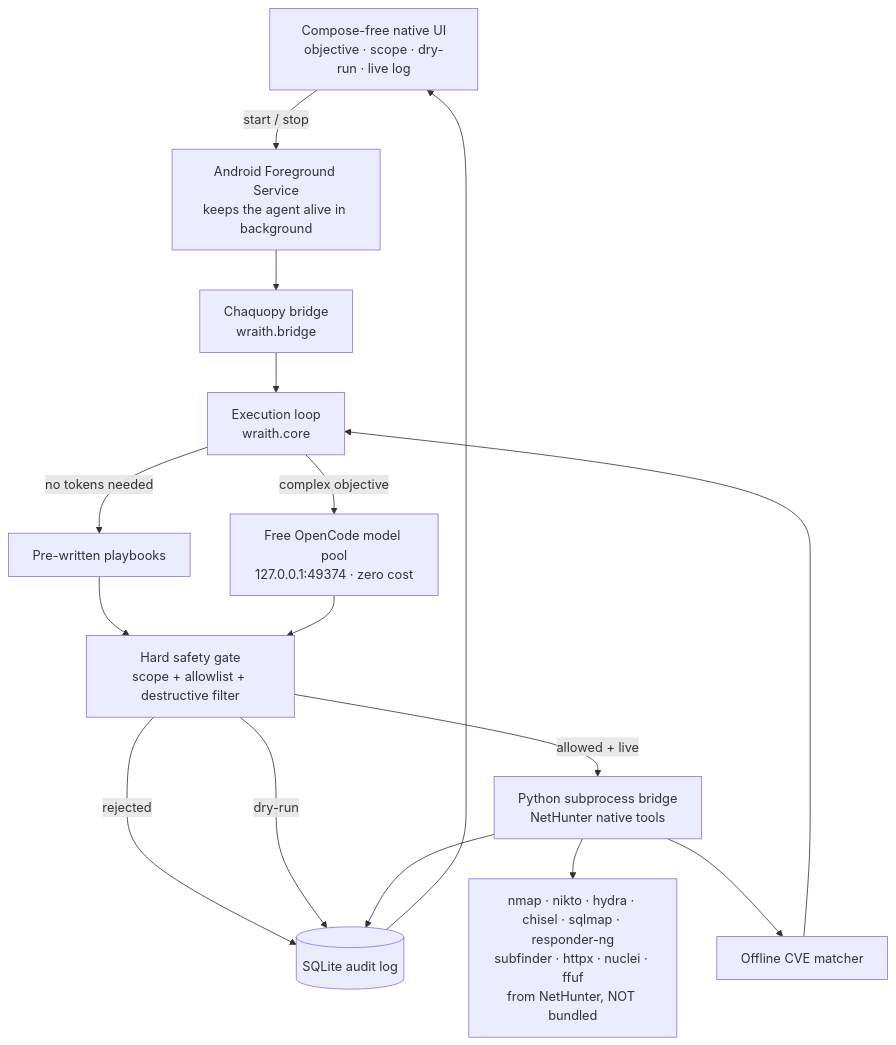
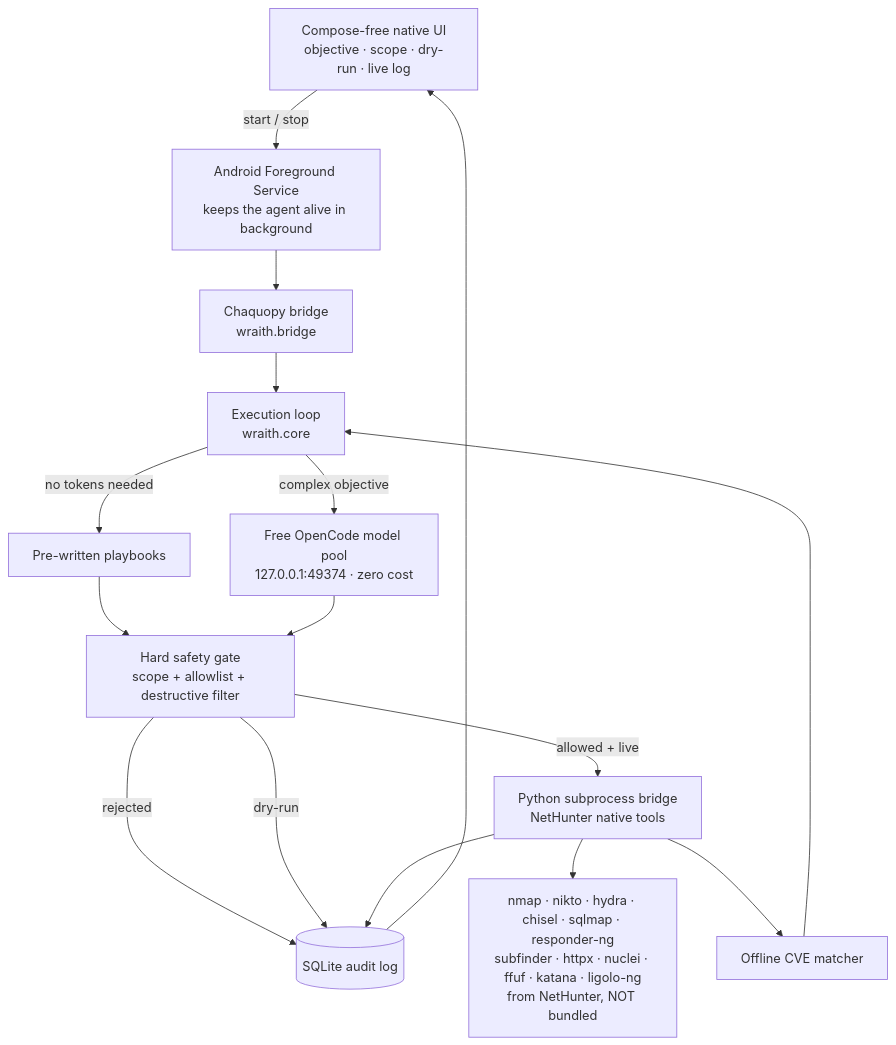
The diagram in README.md (elb1982az-del/wrait-agent), drawn with Mermaid before and after one commit. The commit also changed other lines of this file and 4 other files, not shown here.

Commit message:
Add katana and ligolo-ng to allowlist

````diff
--- a/README.md
+++ b/README.md
@@ -13,29 +13,29 @@
 ```mermaid
 flowchart TD
     UI[Compose-free native UI<br/>objective · scope · dry-run · live log]
     SVC[Android Foreground Service<br/>keeps the agent alive in background]
     BRIDGE[Chaquopy bridge<br/>wraith.bridge]
     CORE[Execution loop<br/>wraith.core]
     LLM[Free OpenCode model pool<br/>127.0.0.1:49374 · zero cost]
     PLAY[Pre-written playbooks]
     VAL[Hard safety gate<br/>scope + allowlist + destructive filter]
     EXEC[Python subprocess bridge<br/>NetHunter native tools]
     CVE[Offline CVE matcher]
     DB[(SQLite audit log)]
-    TOOLS[nmap · nikto · hydra · chisel · sqlmap · responder-ng<br/>subfinder · httpx · nuclei · ffuf<br/>from NetHunter, NOT bundled]
+    TOOLS[nmap · nikto · hydra · chisel · sqlmap · responder-ng<br/>subfinder · httpx · nuclei · ffuf · katana · ligolo-ng<br/>from NetHunter, NOT bundled]
 
     UI -->|start / stop| SVC
     SVC --> BRIDGE --> CORE
     CORE -->|no tokens needed| PLAY
     CORE -->|complex objective| LLM
     PLAY --> VAL
     LLM --> VAL
     VAL -->|rejected| DB
     VAL -->|dry-run| DB
     VAL -->|allowed + live| EXEC
     EXEC --> TOOLS
     EXEC --> CVE
     EXEC --> DB
     CVE --> CORE
     DB --> UI
 ```
````
